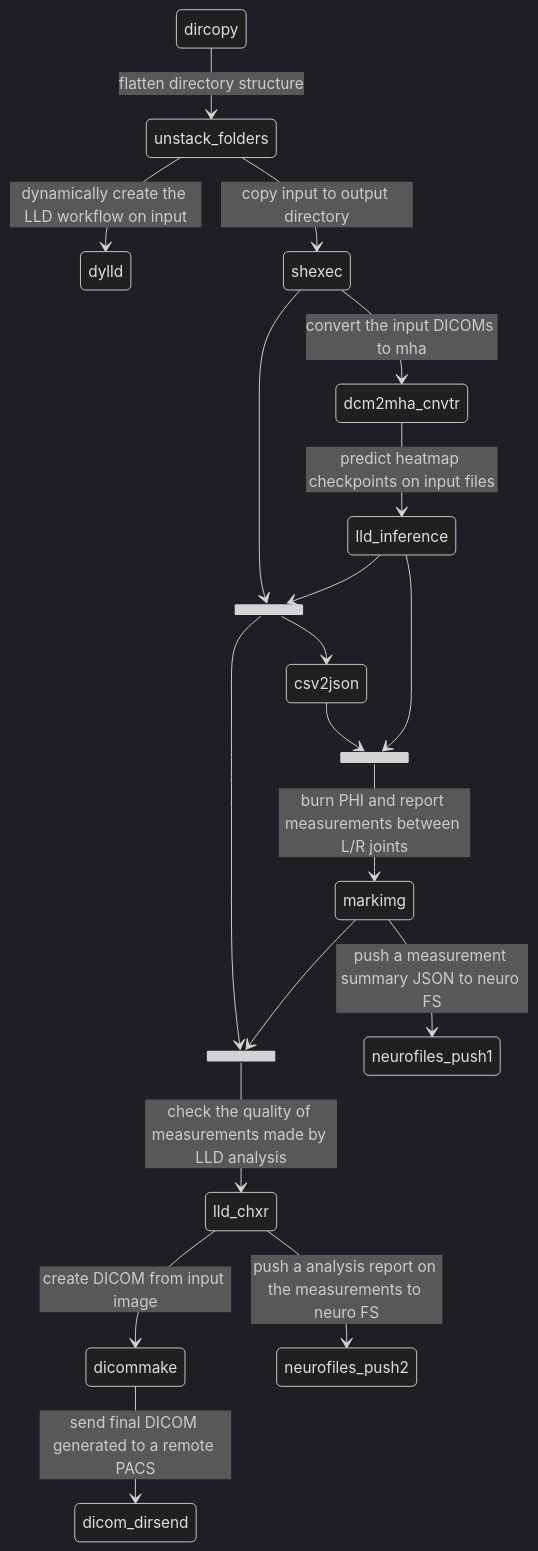
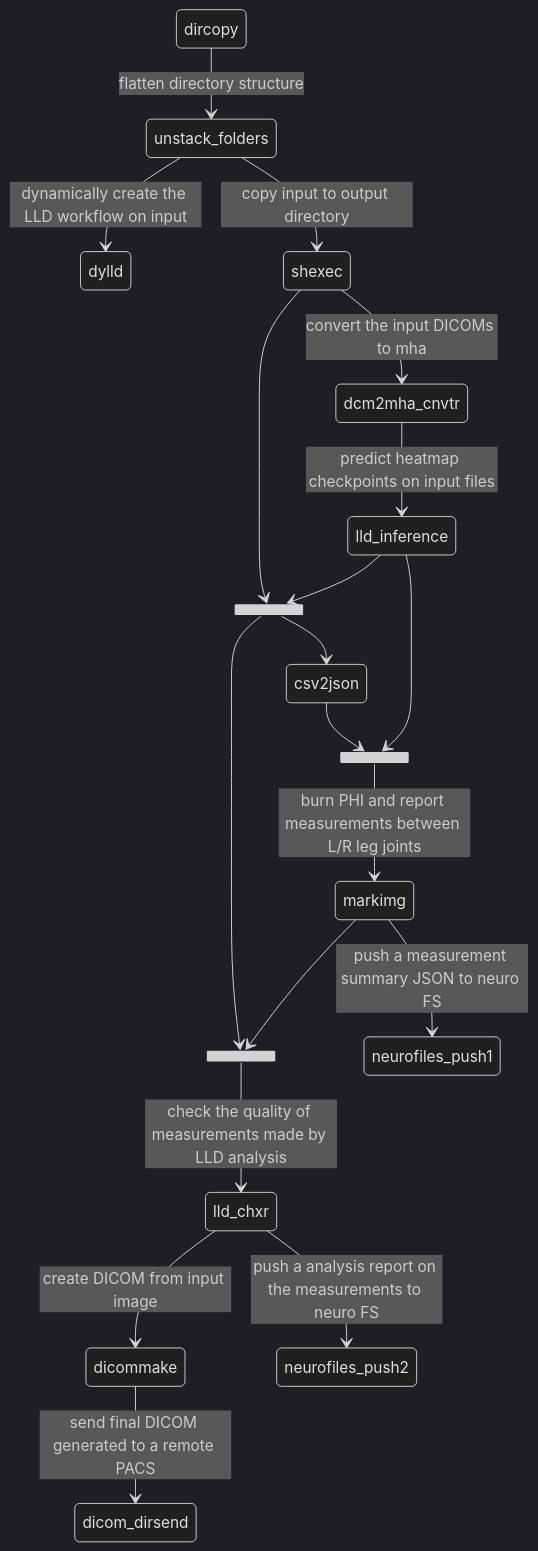
One commit to FNNDSC/CHRIS_docs changed the diagram in workflows/LLD.md. Above: the diagram before and after it, drawn with Mermaid (dark theme). The commit also changed other lines of this file, not shown here.

````diff
--- a/workflows/LLD.md
+++ b/workflows/LLD.md
@@ -22,25 +22,25 @@
 ```mermaid
    stateDiagram-v2
     dircopy --> unstack_folders: flatten directory structure
     unstack_folders --> dylld: dynamically create the LLD workflow on input
     unstack_folders --> shexec: copy input to output directory
     shexec --> dcm2mha_cnvtr: convert the input DICOMs to mha
     state topologicalcopy1 <<join>>
     state topologicalcopy2 <<join>>
     state topologicalcopy3 <<join>>
     shexec --> topologicalcopy2
     topologicalcopy2 --> csv2json
     topologicalcopy2 --> topologicalcopy3
     topologicalcopy3 --> lld_chxr: check the quality of measurements made by LLD analysis
     lld_chxr --> dicommake: create DICOM from input image
     lld_chxr --> neurofiles_push2: push a analysis report on the measurements to neuro FS
     dicommake --> dicom_dirsend: send final DICOM generated to a remote PACS 
     csv2json --> topologicalcopy1
     dcm2mha_cnvtr --> lld_inference: predict heatmap checkpoints on input files
     lld_inference --> topologicalcopy1
     lld_inference --> topologicalcopy2
-    topologicalcopy1 --> markimg: burn PHI and report measurements between L/R joints
+    topologicalcopy1 --> markimg: burn PHI and report measurements between L/R leg joints
     markimg --> neurofiles_push1: push a measurement summary JSON to neuro FS
     markimg --> topologicalcopy3
     
 ```
````
